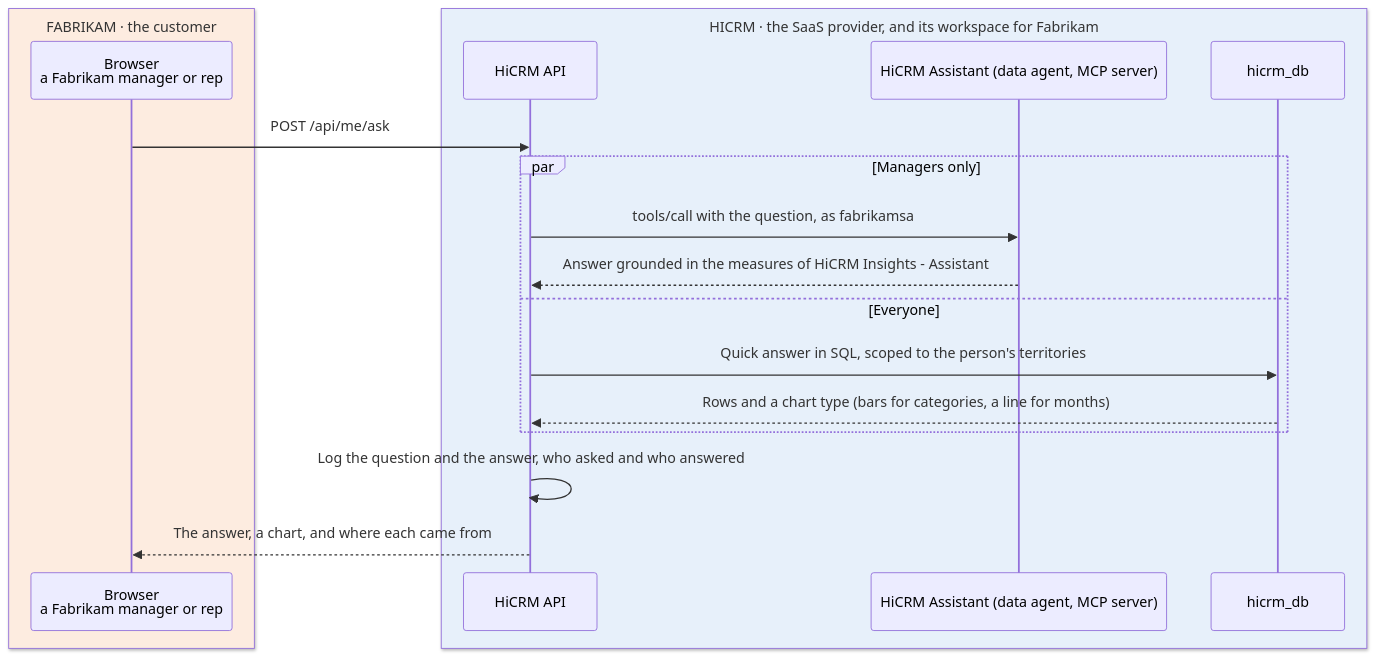
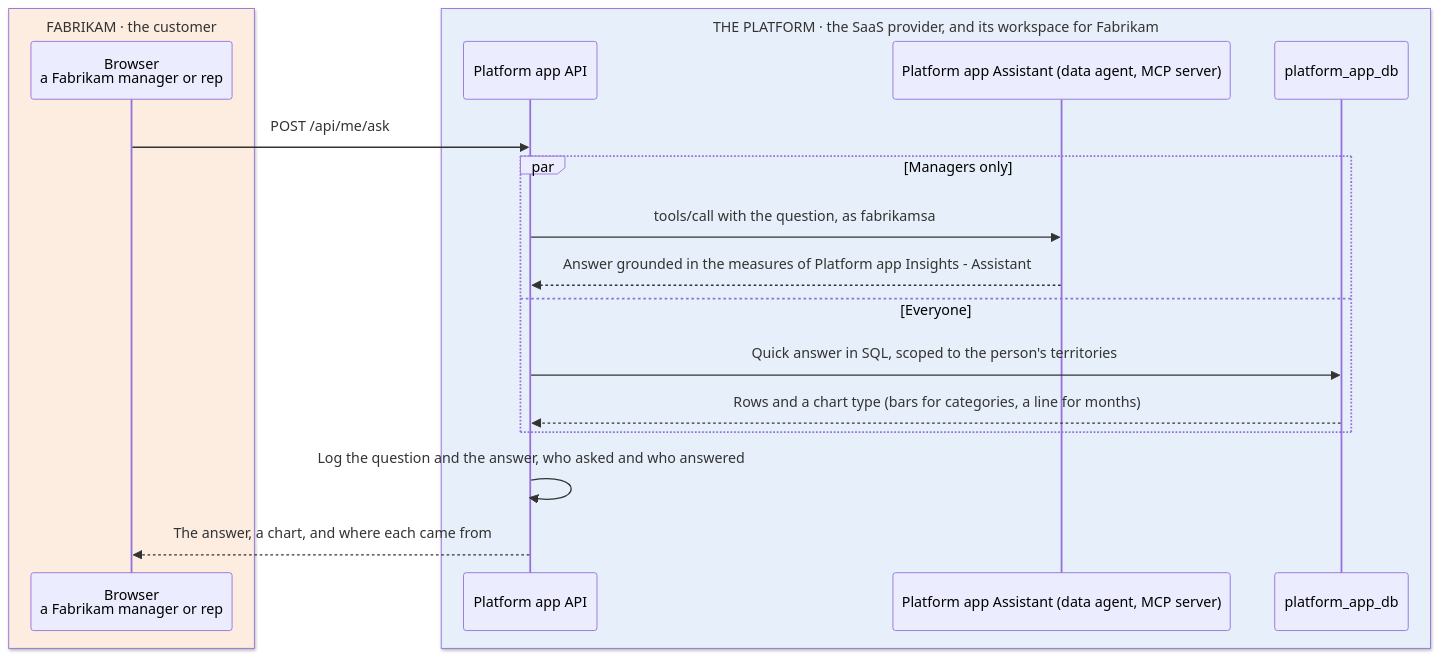
One commit to apkola29/fabric changed the seventh of 7 diagrams in saas-platform/ARCHITECTURE.md. Above: the diagram before and after it, drawn with Mermaid. The commit also changed other lines of this file and 72 other files, not shown here.

First line of the commit message:
saas-platform: rename HiCRM to the platform app; official Fabric icons

````diff
--- a/saas-platform/ARCHITECTURE.md
+++ b/saas-platform/ARCHITECTURE.md
@@ -406,22 +407,22 @@
 ```mermaid
 sequenceDiagram
   box rgb(253,236,224) FABRIKAM · the customer
     participant B as Browser<br/>a Fabrikam manager or rep
   end
-  box rgb(231,240,250) HICRM · the SaaS provider, and its workspace for Fabrikam
-    participant A as HiCRM API
-    participant DA as HiCRM Assistant (data agent, MCP server)
-    participant DB as hicrm_db
+  box rgb(231,240,250) THE PLATFORM · the SaaS provider, and its workspace for Fabrikam
+    participant A as Platform app API
+    participant DA as Platform app Assistant (data agent, MCP server)
+    participant DB as platform_app_db
   end
 
   B->>A: POST /api/me/ask
   par Managers only
     A->>DA: tools/call with the question, as fabrikamsa
-    DA-->>A: Answer grounded in the measures of HiCRM Insights - Assistant
+    DA-->>A: Answer grounded in the measures of Platform app Insights - Assistant
   and Everyone
     A->>DB: Quick answer in SQL, scoped to the person's territories
     DB-->>A: Rows and a chart type (bars for categories, a line for months)
   end
   A->>A: Log the question and the answer, who asked and who answered
   A-->>B: The answer, a chart, and where each came from
 ```
````
